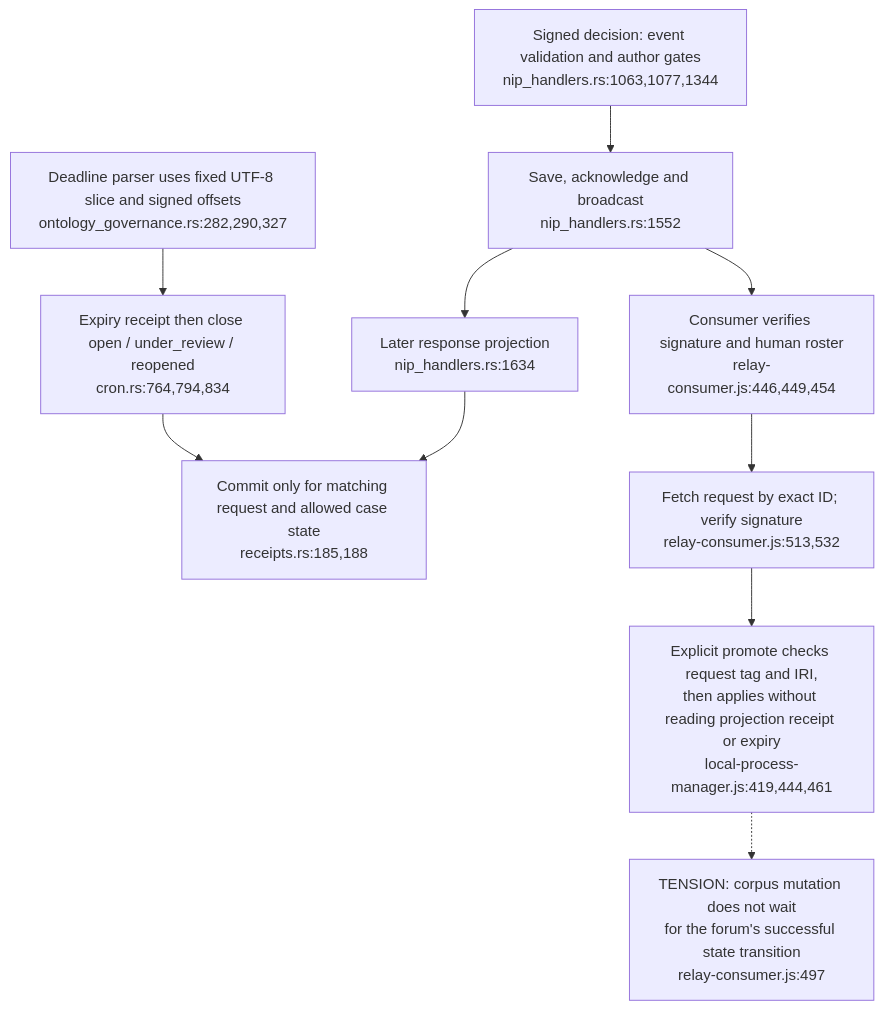
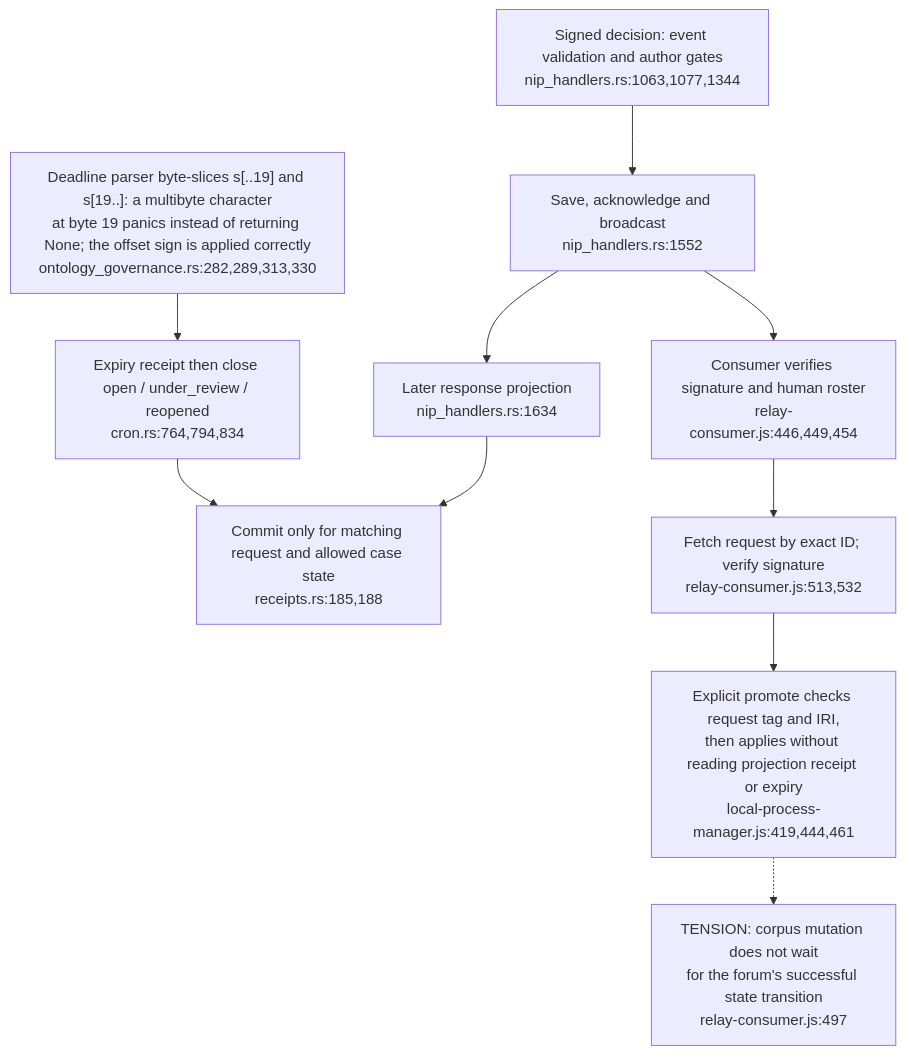
Before and after one commit to DreamLab-AI/VisionFlow: the first of 2 diagrams in docs/diagrams/estate/13-governance-delivery-and-expiry.md, drawn with Mermaid. The commit also changed other lines of this file and 91 other files, not shown here.

````diff
--- a/docs/diagrams/estate/13-governance-delivery-and-expiry.md
+++ b/docs/diagrams/estate/13-governance-delivery-and-expiry.md
@@ -28,12 +28,12 @@
 ```mermaid
 flowchart TD
     EV["Signed decision: event validation and author gates<br/>nip_handlers.rs:1063,1077,1344"] --> STORE["Save, acknowledge and broadcast<br/>nip_handlers.rs:1552"]
     STORE --> PROJECT["Later response projection<br/>nip_handlers.rs:1634"]
     PROJECT --> SQL["Commit only for matching request and allowed case state<br/>receipts.rs:185,188"]
     EXP["Expiry receipt then close open / under_review / reopened<br/>cron.rs:764,794,834"] --> SQL
     STORE --> AB["Consumer verifies signature and human roster<br/>relay-consumer.js:446,449,454"]
     AB --> FETCH["Fetch request by exact ID; verify signature<br/>relay-consumer.js:513,532"]
     FETCH --> APPLY["Explicit promote checks request tag and IRI,<br/>then applies without reading projection receipt or expiry<br/>local-process-manager.js:419,444,461"]
     APPLY -.-> GAP["TENSION: corpus mutation does not wait<br/>for the forum's successful state transition<br/>relay-consumer.js:497"]
-    PARSE["Deadline parser uses fixed UTF-8 slice and signed offsets<br/>ontology_governance.rs:282,290,327"] --> EXP
+    PARSE["Deadline parser byte-slices s[..19] and s[19..]: a multibyte character<br/>at byte 19 panics instead of returning None; the offset sign is applied correctly<br/>ontology_governance.rs:282,289,313,330"] --> EXP
 ```
````
